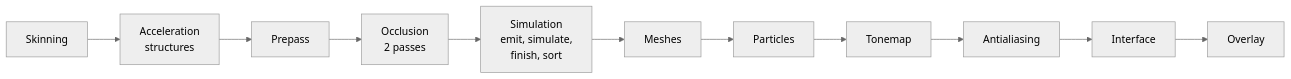
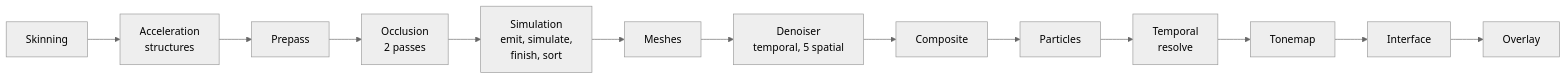
Before and after one commit to SBXdev3D/daidalos-engine-next: the ninth of 12 diagrams in docs/ARCHITECTURE.md, drawn with Mermaid (neutral theme). The commit also changed other lines of this file and 39 other files, not shown here.

````diff
--- a/docs/ARCHITECTURE.md
+++ b/docs/ARCHITECTURE.md
@@ -197,4 +203,4 @@
 ```mermaid
 flowchart LR
-    SK["Skinning"] --> AS["Acceleration<br/>structures"] --> PP["Prepass"] --> OC["Occlusion<br/>2 passes"] --> SI["Simulation<br/>emit, simulate,<br/>finish, sort"] --> ME["Meshes"] --> PA["Particles"] --> TO["Tonemap"] --> AA["Antialiasing"] --> UI["Interface"] --> OV["Overlay"]
+    SK["Skinning"] --> AS["Acceleration<br/>structures"] --> PP["Prepass"] --> OC["Occlusion<br/>2 passes"] --> SI["Simulation<br/>emit, simulate,<br/>finish, sort"] --> ME["Meshes"] --> DN["Denoiser<br/>temporal, 5 spatial"] --> CO["Composite"] --> PA["Particles"] --> TR["Temporal<br/>resolve"] --> TO["Tonemap"] --> UI["Interface"] --> OV["Overlay"]
 ```
````
